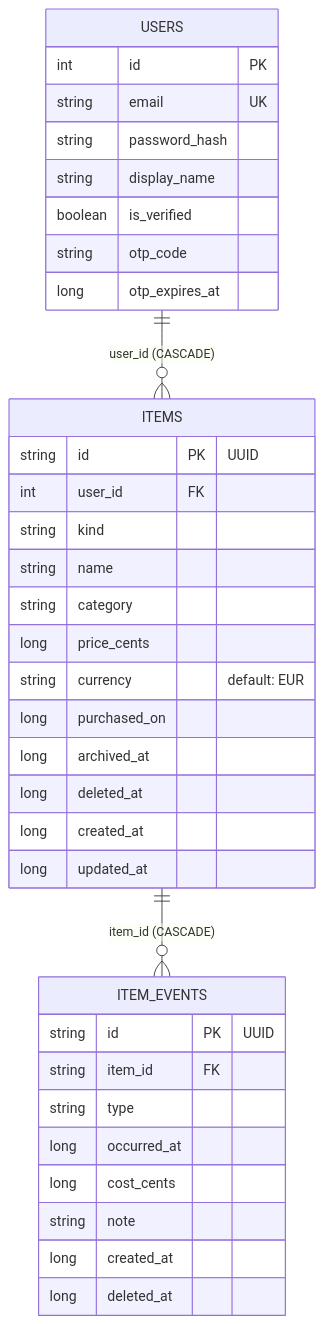
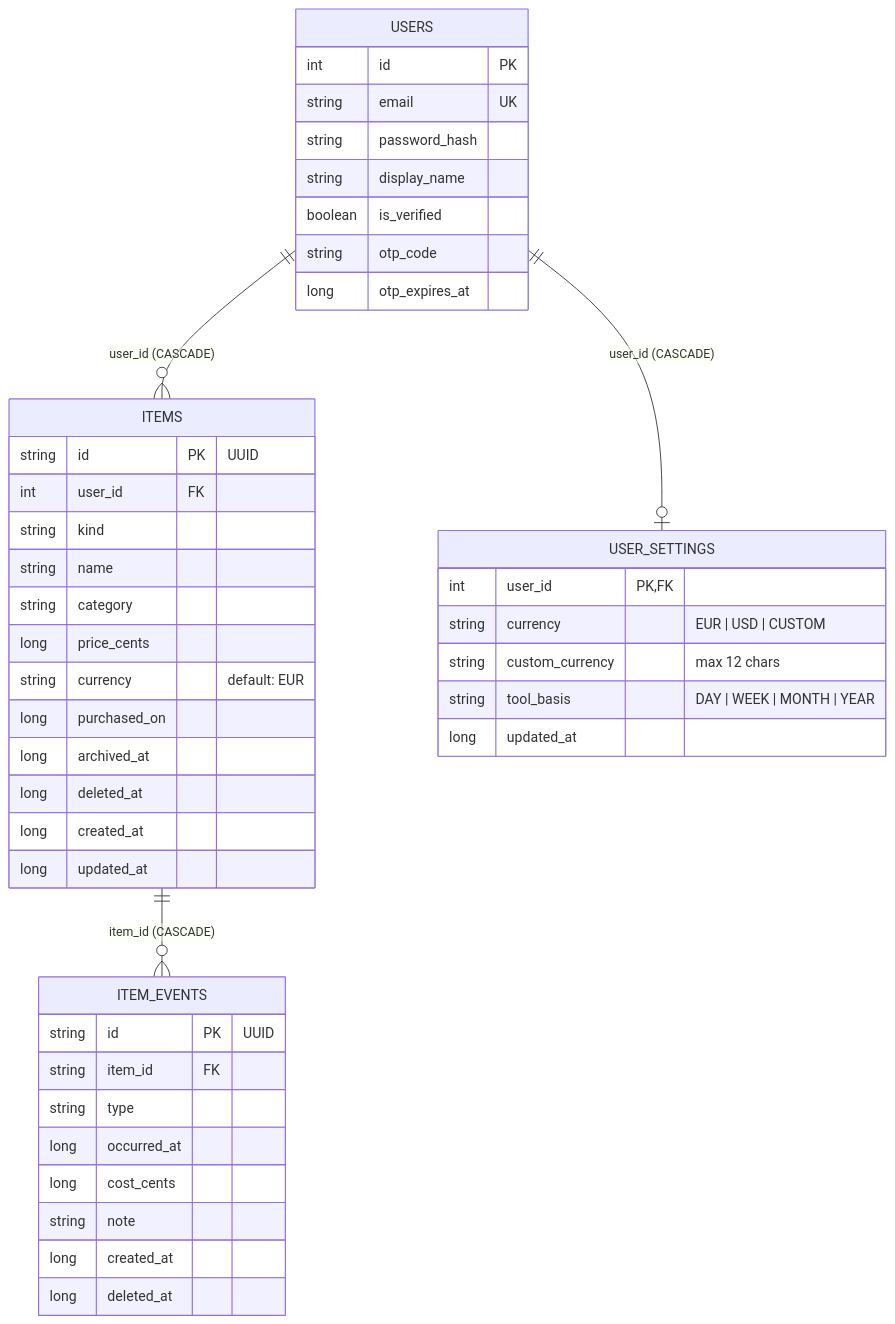
Before and after one commit to JZLab-Studio/be-fair: the diagram in server/AGENTS.md, drawn with Mermaid. The commit also changed other lines of this file and 21 other files, not shown here.

First line of the commit message:
feat: persist user settings in Room and sync them with the server

````diff
--- a/server/AGENTS.md
+++ b/server/AGENTS.md
@@ -66,38 +66,46 @@
 ```mermaid
 erDiagram
     USERS {
         int id PK
         string email UK
         string password_hash
         string display_name
         boolean is_verified
         string otp_code
         long otp_expires_at
     }
     ITEMS {
         string id PK "UUID"
         int user_id FK
         string kind
         string name
         string category
         long price_cents
         string currency "default: EUR"
         long purchased_on
         long archived_at
         long deleted_at
         long created_at
         long updated_at
     }
     ITEM_EVENTS {
         string id PK "UUID"
         string item_id FK
         string type
         long occurred_at
         long cost_cents
         string note
         long created_at
         long deleted_at
     }
+    USER_SETTINGS {
+        int user_id PK, FK
+        string currency "EUR | USD | CUSTOM"
+        string custom_currency "max 12 chars"
+        string tool_basis "DAY | WEEK | MONTH | YEAR"
+        long updated_at
+    }
+    USERS ||--o| USER_SETTINGS : "user_id (CASCADE)"
     USERS ||--o{ ITEMS : "user_id (CASCADE)"
     ITEMS ||--o{ ITEM_EVENTS : "item_id (CASCADE)"
 ```
````
